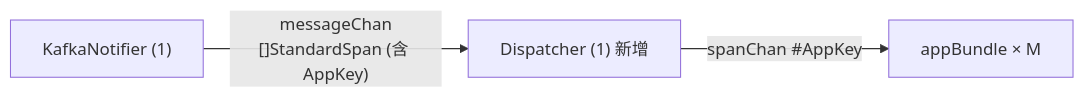
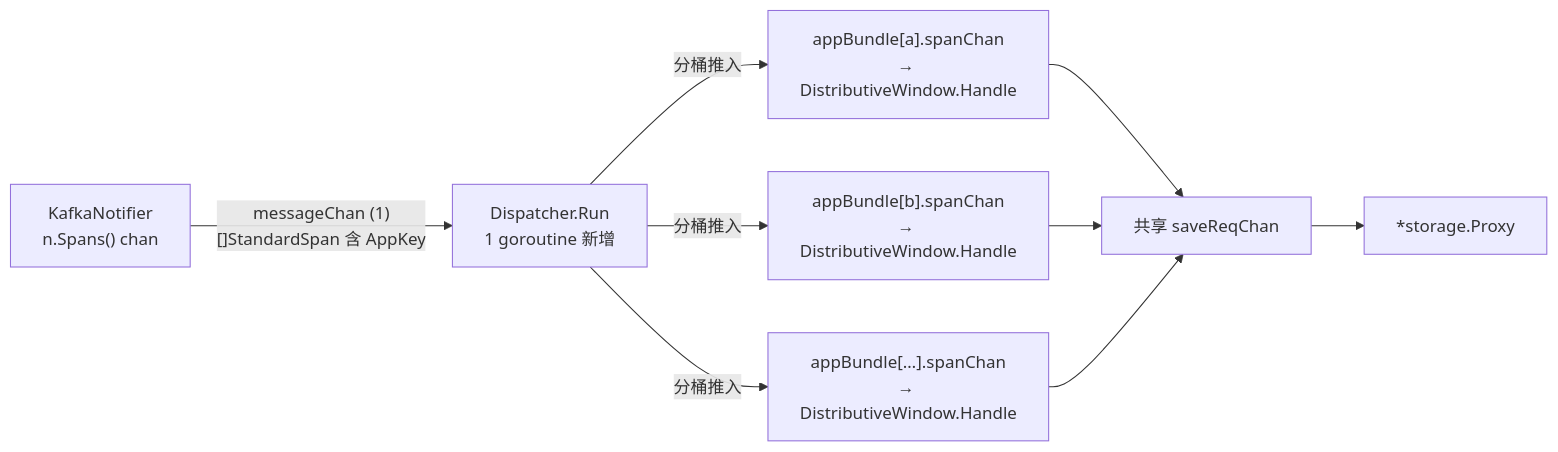
Before and after one commit to ZhuoZhuoCrayon/ai-workspace: the fourth of 5 diagrams in knowledge/bkmonitor/issues/2026-05-14-apm-precalc-shared-multi-app/PLAN.md, drawn with Mermaid. The commit also changed other lines of this file, not shown here.

````diff
--- a/knowledge/bkmonitor/issues/2026-05-14-apm-precalc-shared-multi-app/PLAN.md
+++ b/knowledge/bkmonitor/issues/2026-05-14-apm-precalc-shared-multi-app/PLAN.md
@@ -196,9 +208,19 @@
 ```mermaid
 flowchart LR
-    Notifier["KafkaNotifier (1)"]
-    DSP["Dispatcher (1) 新增"]
-    AB["appBundle × M"]
+    KN["KafkaNotifier<br/>n.Spans() chan"]
+    DSP["Dispatcher.Run<br/>1 goroutine 新增"]
+    AB1["appBundle[a].spanChan<br/>→ DistributiveWindow.Handle"]
+    AB2["appBundle[b].spanChan<br/>→ DistributiveWindow.Handle"]
+    ABN["appBundle[…].spanChan<br/>→ DistributiveWindow.Handle"]
+    SR["共享 saveReqChan"]
+    PX["*storage.Proxy"]
 
-    Notifier -->|"messageChan<br/>[]StandardSpan (含 AppKey)"| DSP
-    DSP -->|"spanChan #AppKey"| AB
+    KN -->|"messageChan (1)<br/>[]StandardSpan 含 AppKey"| DSP
+    DSP -->|"分桶推入"| AB1
+    DSP -->|"分桶推入"| AB2
+    DSP -->|"分桶推入"| ABN
+    AB1 --> SR
+    AB2 --> SR
+    ABN --> SR
+    SR --> PX
 ```
````
